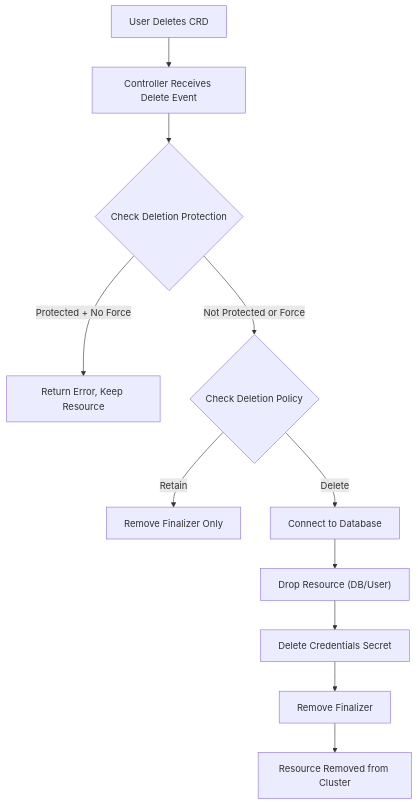
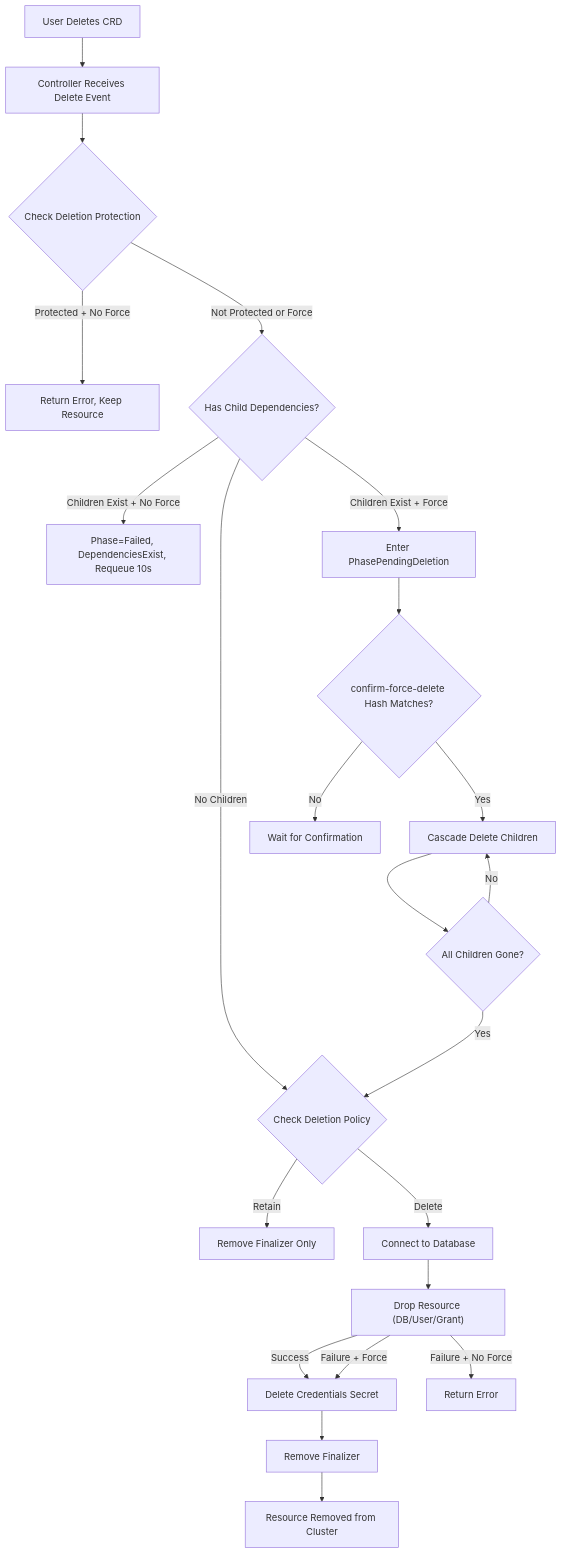
The fifth of 5 diagrams in docs/architecture/overview.md (panteparak/db-provision-operator), drawn with Mermaid before and after one commit. The commit also changed other lines of this file and 17 other files, not shown here.

````diff
--- a/docs/architecture/overview.md
+++ b/docs/architecture/overview.md
@@ -199,13 +230,24 @@
 ```mermaid
 graph TD
     A[User Deletes CRD] --> B[Controller Receives Delete Event]
     B --> C{Check Deletion Protection}
     C -->|Protected + No Force| D[Return Error, Keep Resource]
-    C -->|Not Protected or Force| E{Check Deletion Policy}
-    E -->|Retain| F[Remove Finalizer Only]
-    E -->|Delete| G[Connect to Database]
-    G --> H["Drop Resource (DB/User)"]
-    H --> I[Delete Credentials Secret]
-    I --> J[Remove Finalizer]
-    J --> K[Resource Removed from Cluster]
+    C -->|Not Protected or Force| E{Has Child Dependencies?}
+    E -->|Children Exist + No Force| F[Phase=Failed, DependenciesExist, Requeue 10s]
+    E -->|No Children| G{Check Deletion Policy}
+    E -->|Children Exist + Force| H[Enter PhasePendingDeletion]
+    H --> I{confirm-force-delete Hash Matches?}
+    I -->|No| J[Wait for Confirmation]
+    I -->|Yes| K[Cascade Delete Children]
+    K --> L{All Children Gone?}
+    L -->|No| K
+    L -->|Yes| G
+    G -->|Retain| M[Remove Finalizer Only]
+    G -->|Delete| N[Connect to Database]
+    N --> O["Drop Resource (DB/User/Grant)"]
+    O -->|Success| P[Delete Credentials Secret]
+    O -->|Failure + Force| P
+    O -->|Failure + No Force| Q[Return Error]
+    P --> R[Remove Finalizer]
+    R --> S[Resource Removed from Cluster]
 ```
````
